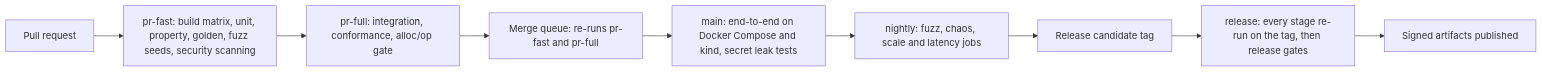
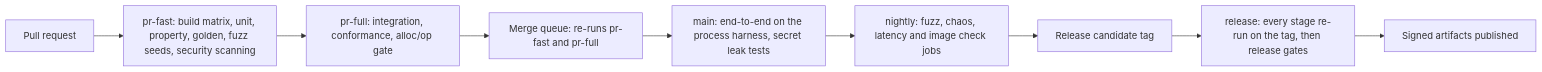
The first of 2 diagrams in docs/engineering/03-testing-and-quality-strategy.md (ravindu-rev/ruralz), drawn with Mermaid before and after one commit. The commit also changed other lines of this file and 7 other files, not shown here.

````diff
--- a/docs/engineering/03-testing-and-quality-strategy.md
+++ b/docs/engineering/03-testing-and-quality-strategy.md
@@ -64,11 +67,11 @@
 ```mermaid
 flowchart LR
     pr["Pull request"] --> fast["pr-fast: build matrix, unit, property, golden, fuzz seeds, security scanning"]
     fast --> full["pr-full: integration, conformance, alloc/op gate"]
     full --> mq["Merge queue: re-runs pr-fast and pr-full"]
-    mq --> main["main: end-to-end on Docker Compose and kind, secret leak tests"]
-    main --> nightly["nightly: fuzz, chaos, scale and latency jobs"]
+    mq --> main["main: end-to-end on the process harness, secret leak tests"]
+    main --> nightly["nightly: fuzz, chaos, latency and image check jobs"]
     nightly --> rc["Release candidate tag"]
     rc --> rel["release: every stage re-run on the tag, then release gates"]
     rel --> pub["Signed artifacts published"]
 ```
````
